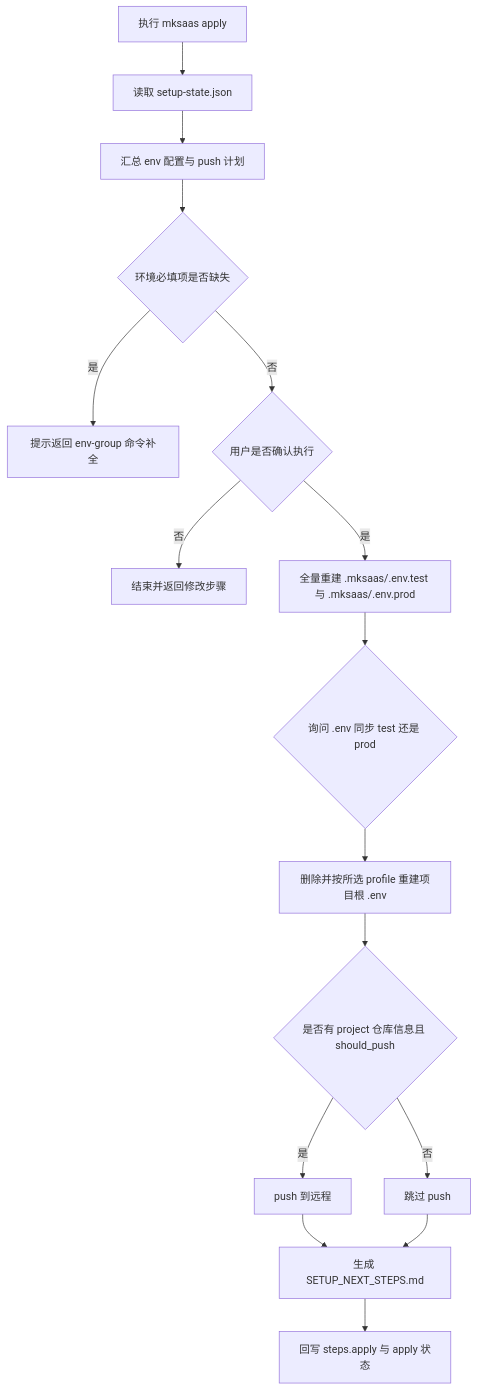
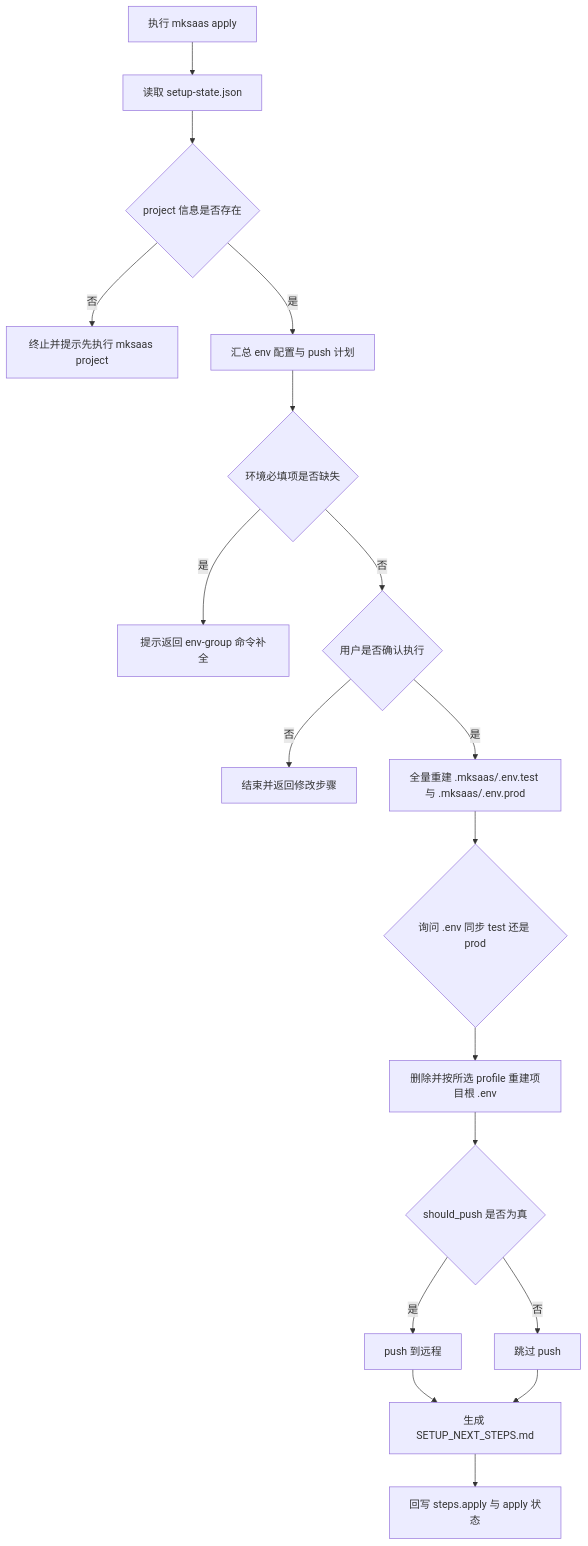
The first of 2 diagrams in docs/steps/02-apply.md (CaffeineOddity/mksaas_command), drawn with Mermaid before and after one commit. The commit also changed other lines of this file and 5 other files, not shown here.

First line of the commit message:
docs: 补全 env schema 与构建安装生命周期，细化 init/apply/project 流程

````diff
--- a/docs/steps/02-apply.md
+++ b/docs/steps/02-apply.md
@@ -51,18 +52,20 @@
 ```mermaid
 flowchart TD
     A[执行 mksaas apply] --> B[读取 setup-state.json]
-    B --> C[汇总 env 配置与 push 计划]
+    B --> B1{project 信息是否存在}
+    B1 -->|否| B2[终止并提示先执行 mksaas project]
+    B1 -->|是| C[汇总 env 配置与 push 计划]
     C --> D{环境必填项是否缺失}
     D -->|是| E[提示返回 env-group 命令补全]
     D -->|否| F{用户是否确认执行}
     F -->|否| G[结束并返回修改步骤]
     F -->|是| H[全量重建 .mksaas/.env.test 与 .mksaas/.env.prod]
     H --> I{询问 .env 同步 test 还是 prod}
     I --> J[删除并按所选 profile 重建项目根 .env]
-    J --> K{是否有 project 仓库信息且 should_push}
+    J --> K{should_push 是否为真}
     K -->|是| L[push 到远程]
     K -->|否| M[跳过 push]
     L --> N[生成 SETUP_NEXT_STEPS.md]
     M --> N
     N --> O[回写 steps.apply 与 apply 状态]
 ```
````
